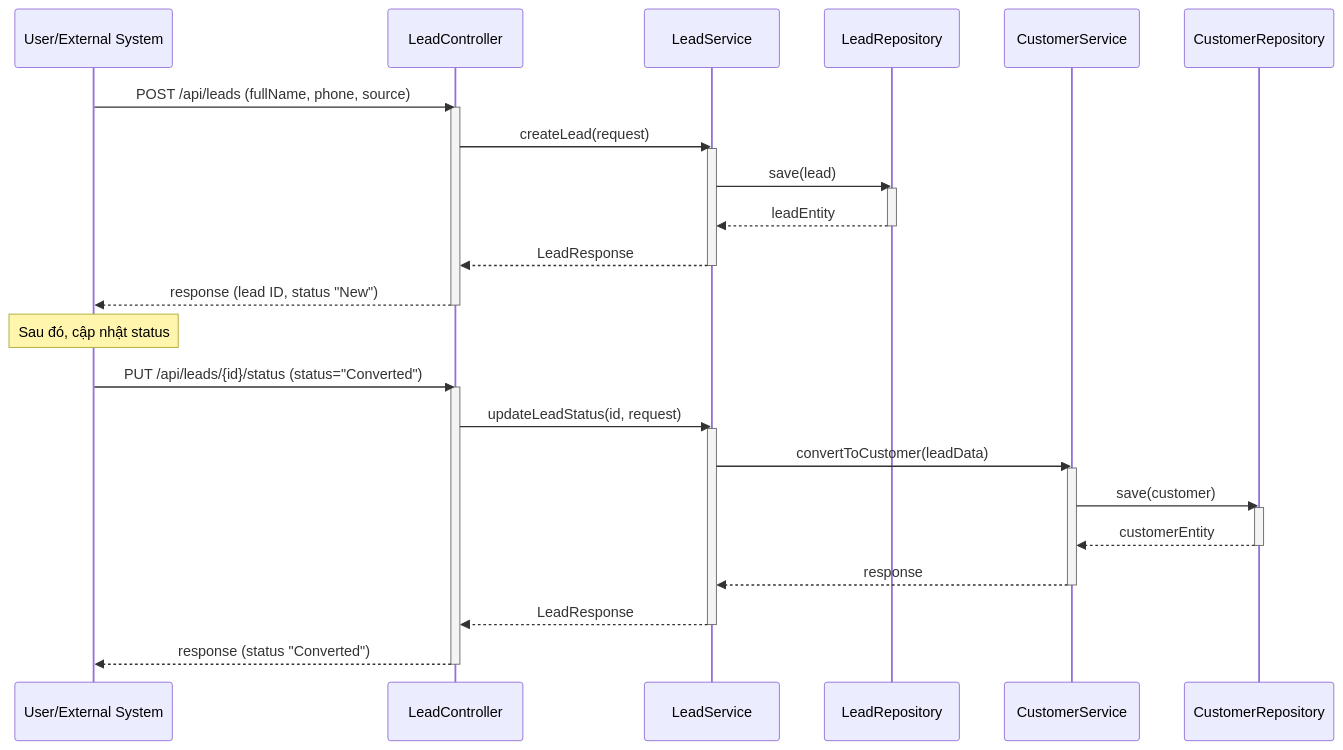
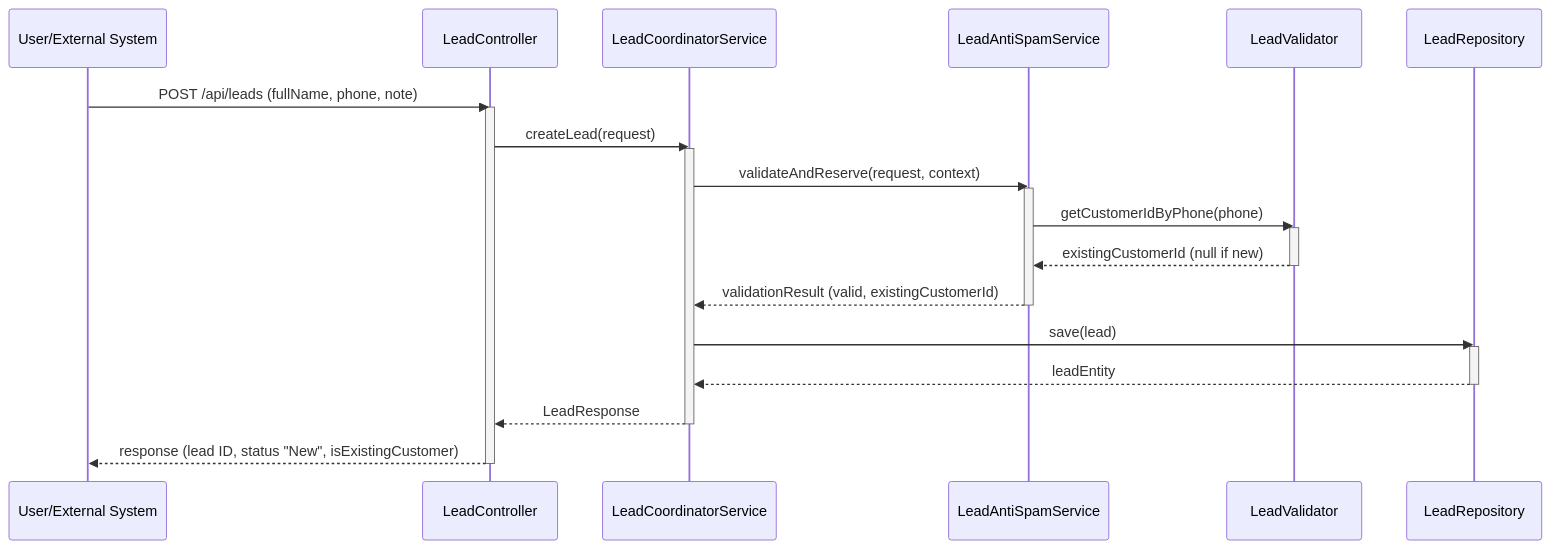
One commit to tdthanh-dev/ims-crm-spa-backend changed the first of 7 diagrams in sequence_diagrams.md. Above: the diagram before and after it, drawn with Mermaid. The commit also changed other lines of this file, not shown here.

````diff
--- a/sequence_diagrams.md
+++ b/sequence_diagrams.md
@@ -6,40 +6,30 @@
 ```mermaid
 sequenceDiagram
     participant User as User/External System
     participant LeadController
-    participant LeadService
+    participant LeadCoordinatorService
+    participant LeadAntiSpamService
+    participant LeadValidator
     participant LeadRepository
-    participant CustomerService
-    participant CustomerRepository
 
-    User->>LeadController: POST /api/leads (fullName, phone, source)
+    User->>LeadController: POST /api/leads (fullName, phone, note)
     activate LeadController
-    LeadController->>LeadService: createLead(request)
-    activate LeadService
-    LeadService->>LeadRepository: save(lead)
+    LeadController->>LeadCoordinatorService: createLead(request)
+    activate LeadCoordinatorService
+    LeadCoordinatorService->>LeadAntiSpamService: validateAndReserve(request, context)
+    activate LeadAntiSpamService
+    LeadAntiSpamService->>LeadValidator: getCustomerIdByPhone(phone)
+    activate LeadValidator
+    LeadValidator-->>LeadAntiSpamService: existingCustomerId (null if new)
+    deactivate LeadValidator
+    LeadAntiSpamService-->>LeadCoordinatorService: validationResult (valid, existingCustomerId)
+    deactivate LeadAntiSpamService
+    LeadCoordinatorService->>LeadRepository: save(lead)
     activate LeadRepository
-    LeadRepository-->>LeadService: leadEntity
+    LeadRepository-->>LeadCoordinatorService: leadEntity
     deactivate LeadRepository
-    LeadService-->>LeadController: LeadResponse
-    deactivate LeadService
-    LeadController-->>User: response (lead ID, status "New")
-    deactivate LeadController
-
-    note over User: Sau đó, cập nhật status
-    User->>LeadController: PUT /api/leads/{id}/status (status="Converted")
-    activate LeadController
-    LeadController->>LeadService: updateLeadStatus(id, request)
-    activate LeadService
-    LeadService->>CustomerService: convertToCustomer(leadData)
-    activate CustomerService
-    CustomerService->>CustomerRepository: save(customer)
-    activate CustomerRepository
-    CustomerRepository-->>CustomerService: customerEntity
-    deactivate CustomerRepository
-    CustomerService-->>LeadService: response
-    deactivate CustomerService
-    LeadService-->>LeadController: LeadResponse
-    deactivate LeadService
-    LeadController-->>User: response (status "Converted")
+    LeadCoordinatorService-->>LeadController: LeadResponse
+    deactivate LeadCoordinatorService
+    LeadController-->>User: response (lead ID, status "New", isExistingCustomer)
     deactivate LeadController
 ```
````
